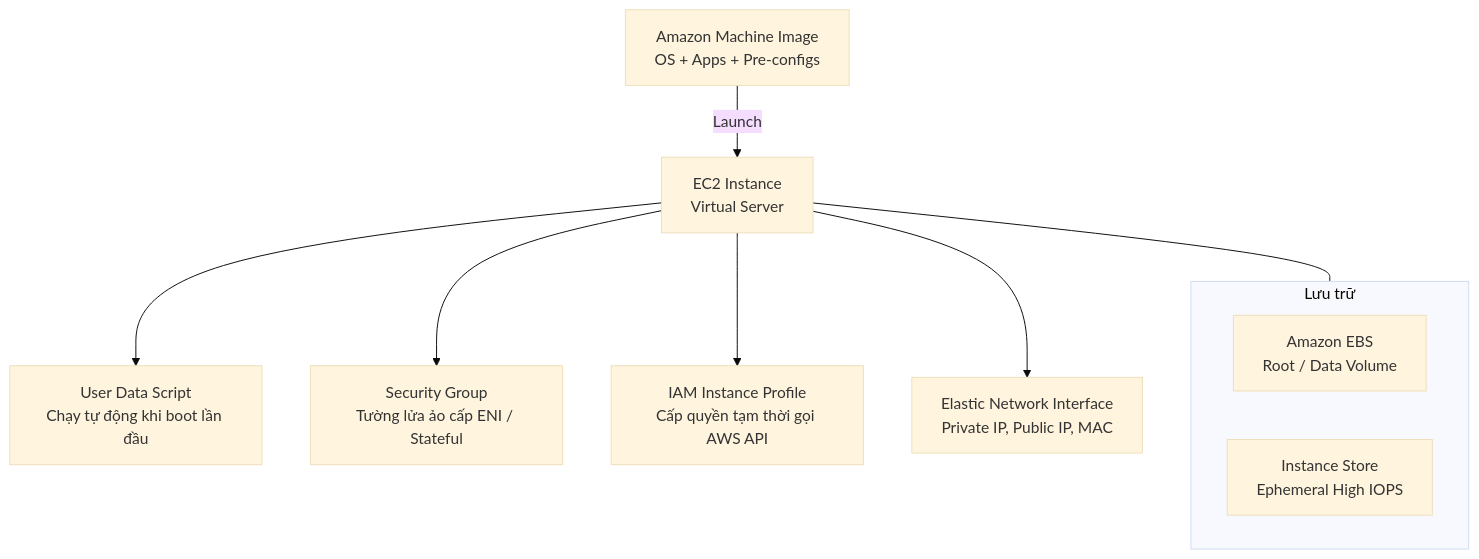
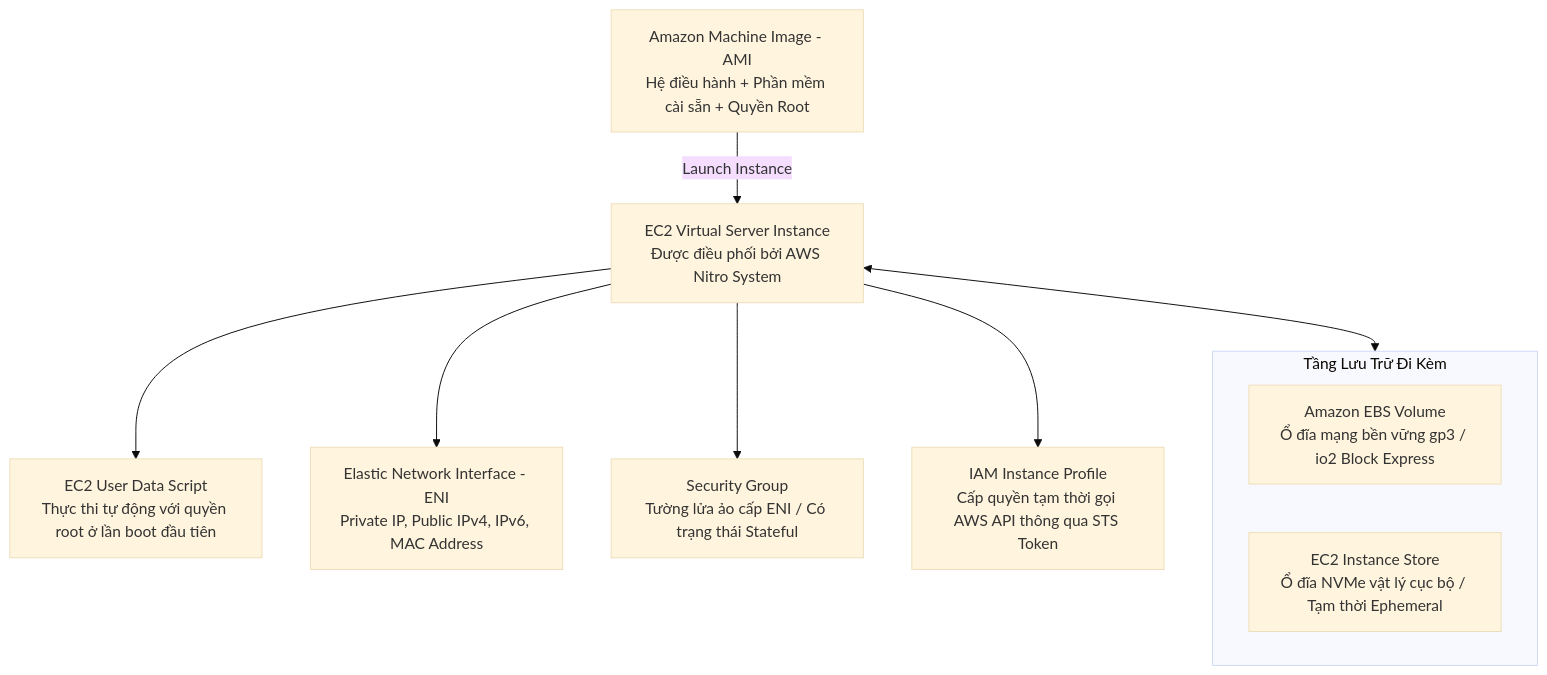
Before and after one commit to nhatphanhk/AWS_XBrain_Note: the second of 6 diagrams in AWS_Services/EC2_Elastic_Compute_Cloud.md, drawn with Mermaid (base theme). The commit also changed other lines of this file and 15 other files, not shown here.

````diff
--- a/AWS_Services/EC2_Elastic_Compute_Cloud.md
+++ b/AWS_Services/EC2_Elastic_Compute_Cloud.md
@@ -29,15 +53,15 @@
 ```mermaid
 flowchart TD
-    AMI[Amazon Machine Image\nOS + Apps + Pre-configs] -->|Launch| EC2[EC2 Instance\nVirtual Server]
-    
-    EC2 --> UserData[User Data Script\nChạy tự động khi boot lần đầu]
-    EC2 --> SG[Security Group\nTường lửa ảo cấp ENI / Stateful]
-    EC2 --> InstanceProfile[IAM Instance Profile\nCấp quyền tạm thời gọi AWS API]
-    EC2 --> ENI[Elastic Network Interface\nPrivate IP, Public IP, MAC]
-    
-    subgraph Storage[Lưu trữ]
-        EBS[Amazon EBS\nRoot / Data Volume]
-        InstStore[Instance Store\nEphemeral High IOPS]
+    AMI[Amazon Machine Image - AMI\nHệ điều hành + Phần mềm cài sẵn + Quyền Root] -->|Launch Instance| EC2[EC2 Virtual Server Instance\nĐược điều phối bởi AWS Nitro System]
+
+    EC2 --> UserData[EC2 User Data Script\nThực thi tự động với quyền root ở lần boot đầu tiên]
+    EC2 --> ENI[Elastic Network Interface - ENI\nPrivate IP, Public IPv4, IPv6, MAC Address]
+    EC2 --> SG[Security Group\nTường lửa ảo cấp ENI / Có trạng thái Stateful]
+    EC2 --> IAMRole[IAM Instance Profile\nCấp quyền tạm thời gọi AWS API thông qua STS Token]
+
+    subgraph Storage[Tầng Lưu Trữ Đi Kèm]
+        EBS[Amazon EBS Volume\nỔ đĩa mạng bền vững gp3 / io2 Block Express]
+        InstStore[EC2 Instance Store\nỔ đĩa NVMe vật lý cục bộ / Tạm thời Ephemeral]
     end
-    EC2 --- Storage
+    EC2 <--> Storage
 ```
````
